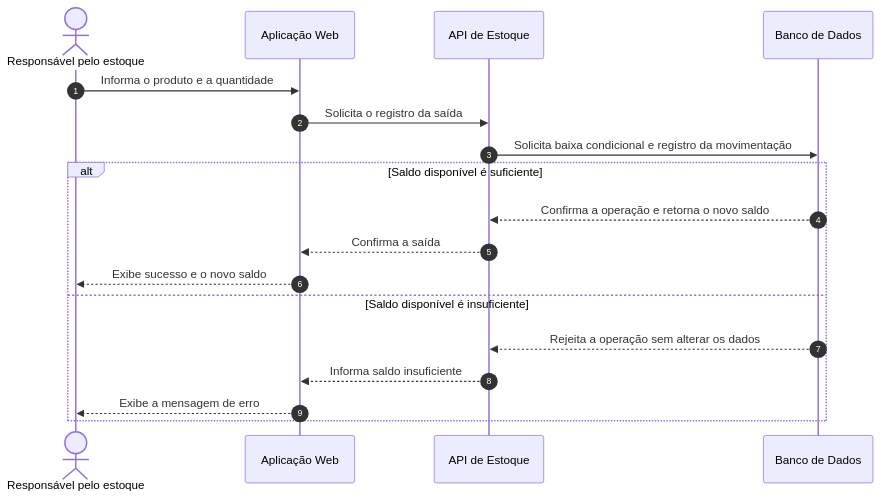
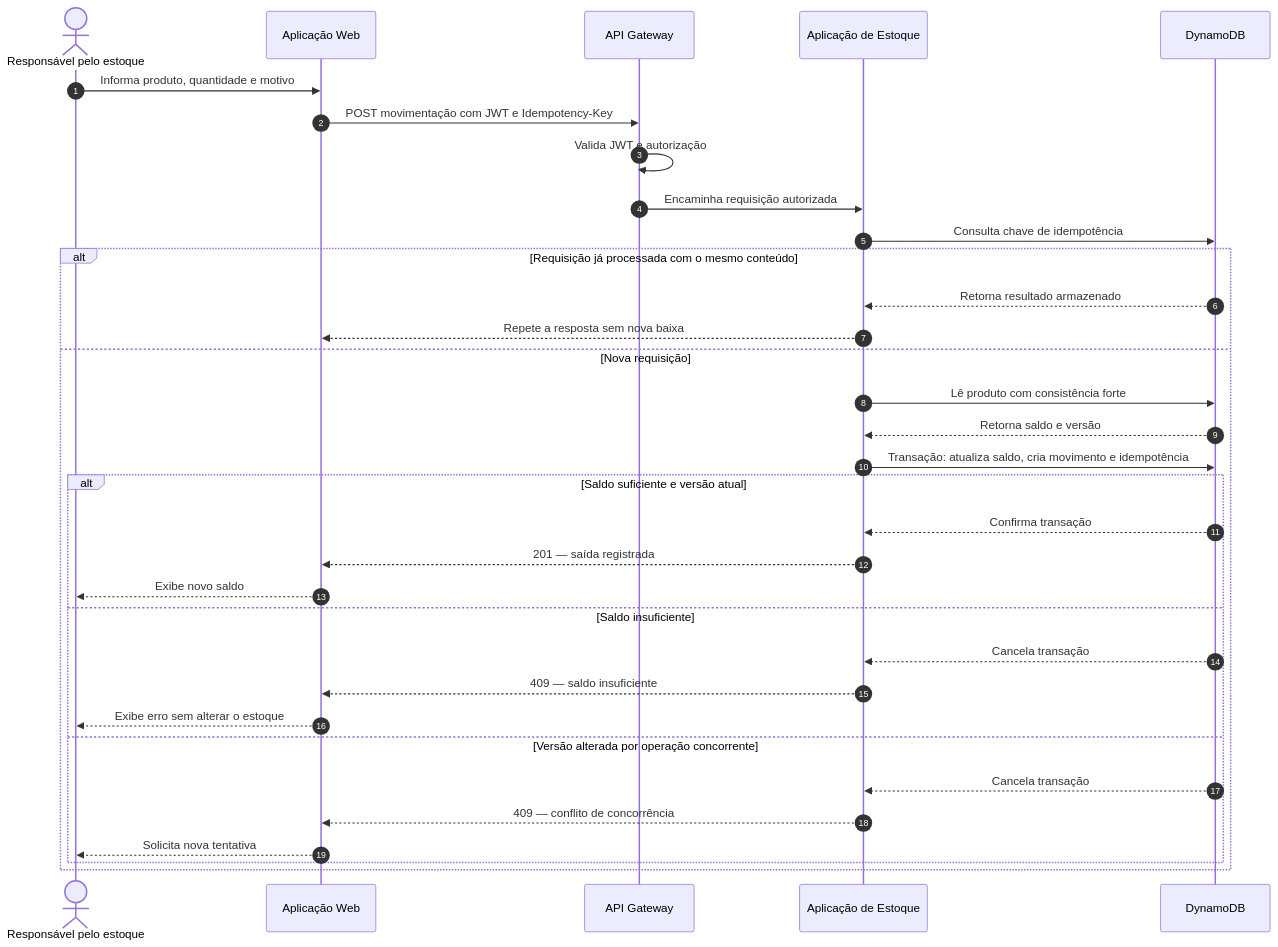
One commit to TiagoAlves14/estoque-congregacional changed the second of 2 diagrams in README.md. Above: the diagram before and after it, drawn with Mermaid. The commit also changed other lines of this file and 27 other files, not shown here.

````diff
--- a/README.md
+++ b/README.md
@@ -107,22 +87,37 @@
 ```mermaid
 sequenceDiagram
     autonumber
     actor Usuario as Responsável pelo estoque
     participant Web as Aplicação Web
-    participant API as API de Estoque
-    participant DB as Banco de Dados
+    participant API as API Gateway
+    participant App as Aplicação de Estoque
+    participant DB as DynamoDB
 
-    Usuario->>Web: Informa o produto e a quantidade
-    Web->>API: Solicita o registro da saída
-    API->>DB: Solicita baixa condicional e registro da movimentação
+    Usuario->>Web: Informa produto, quantidade e motivo
+    Web->>API: POST movimentação com JWT e Idempotency-Key
+    API->>API: Valida JWT e autorização
+    API->>App: Encaminha requisição autorizada
+    App->>DB: Consulta chave de idempotência
 
-    alt Saldo disponível é suficiente
-        DB-->>API: Confirma a operação e retorna o novo saldo
-        API-->>Web: Confirma a saída
-        Web-->>Usuario: Exibe sucesso e o novo saldo
-    else Saldo disponível é insuficiente
-        DB-->>API: Rejeita a operação sem alterar os dados
-        API-->>Web: Informa saldo insuficiente
-        Web-->>Usuario: Exibe a mensagem de erro
+    alt Requisição já processada com o mesmo conteúdo
+        DB-->>App: Retorna resultado armazenado
+        App-->>Web: Repete a resposta sem nova baixa
+    else Nova requisição
+        App->>DB: Lê produto com consistência forte
+        DB-->>App: Retorna saldo e versão
+        App->>DB: Transação: atualiza saldo, cria movimento e idempotência
+        alt Saldo suficiente e versão atual
+            DB-->>App: Confirma transação
+            App-->>Web: 201 — saída registrada
+            Web-->>Usuario: Exibe novo saldo
+        else Saldo insuficiente
+            DB-->>App: Cancela transação
+            App-->>Web: 409 — saldo insuficiente
+            Web-->>Usuario: Exibe erro sem alterar o estoque
+        else Versão alterada por operação concorrente
+            DB-->>App: Cancela transação
+            App-->>Web: 409 — conflito de concorrência
+            Web-->>Usuario: Solicita nova tentativa
+        end
     end
 ```
````
